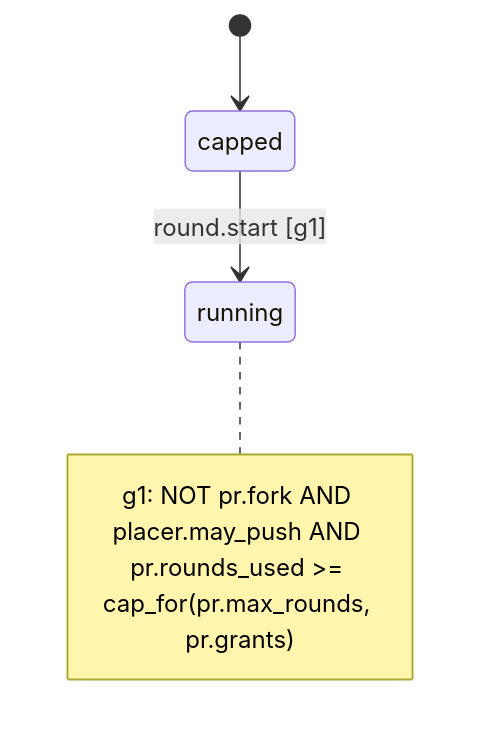
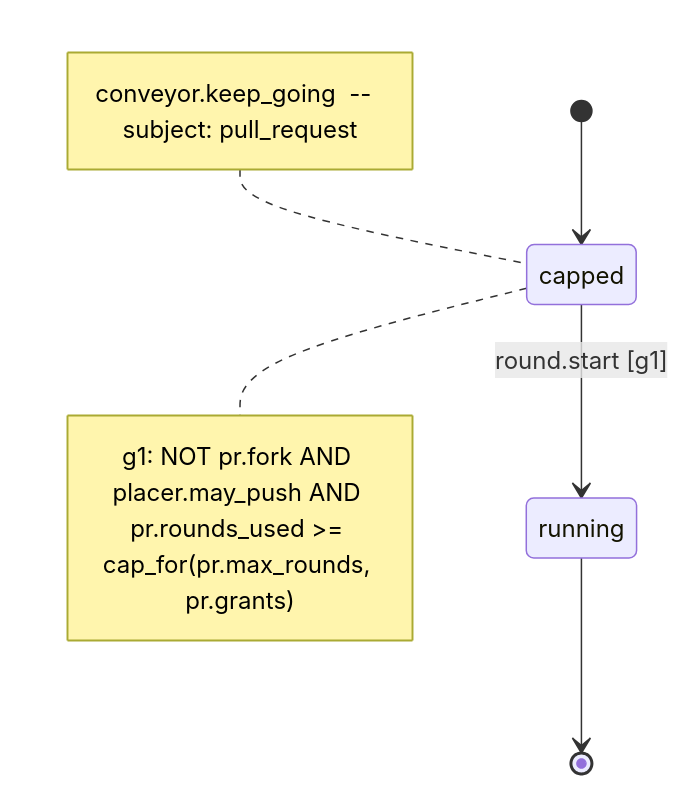
The diagram in .github/conveyor-model/mermaid/conveyor_keep_going.mmd (kostiantyn-matsebora/agent-ops-operator), drawn with Mermaid before and after one commit. The commit also changed 9 other files, not shown here.

```diff
--- a/.github/conveyor-model/mermaid/conveyor_keep_going.mmd
+++ b/.github/conveyor-model/mermaid/conveyor_keep_going.mmd
@@ -1,8 +1,12 @@
 stateDiagram-v2
     [*] --> capped
+    note left of capped
+        conveyor.keep_going  --  subject: pull_request
+    end note
     state capped
     state running
     capped --> running : round.start [g1]
-    note right of running
+    running --> [*]
+    note right of capped
         g1: NOT pr.fork AND placer.may_push AND pr.rounds_used >= cap_for(pr.max_rounds, pr.grants)
     end note
```
